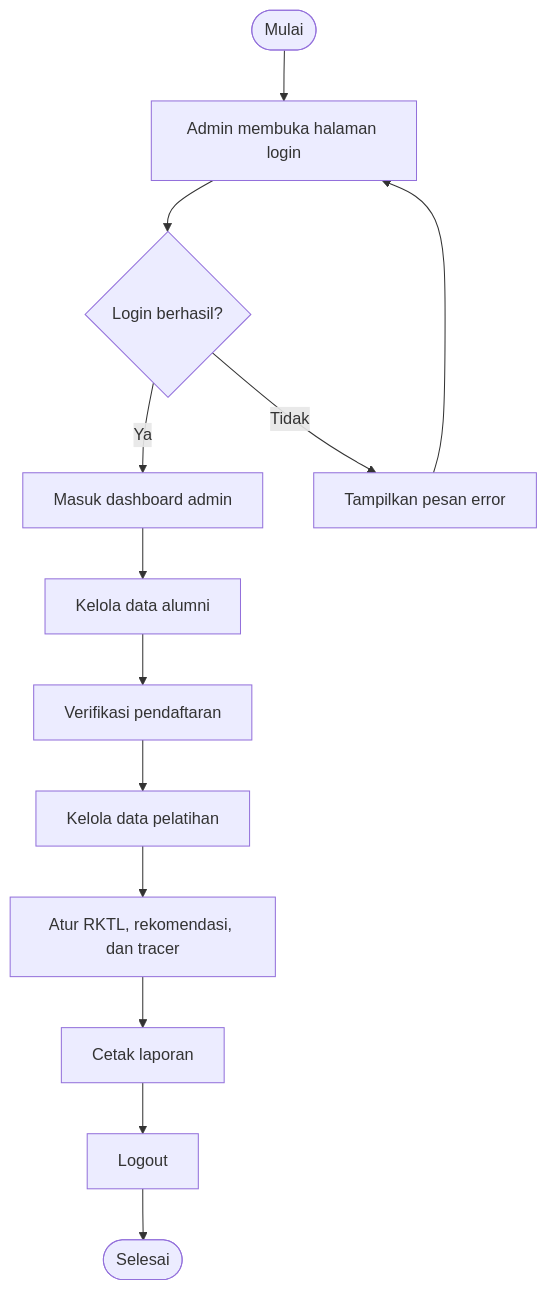
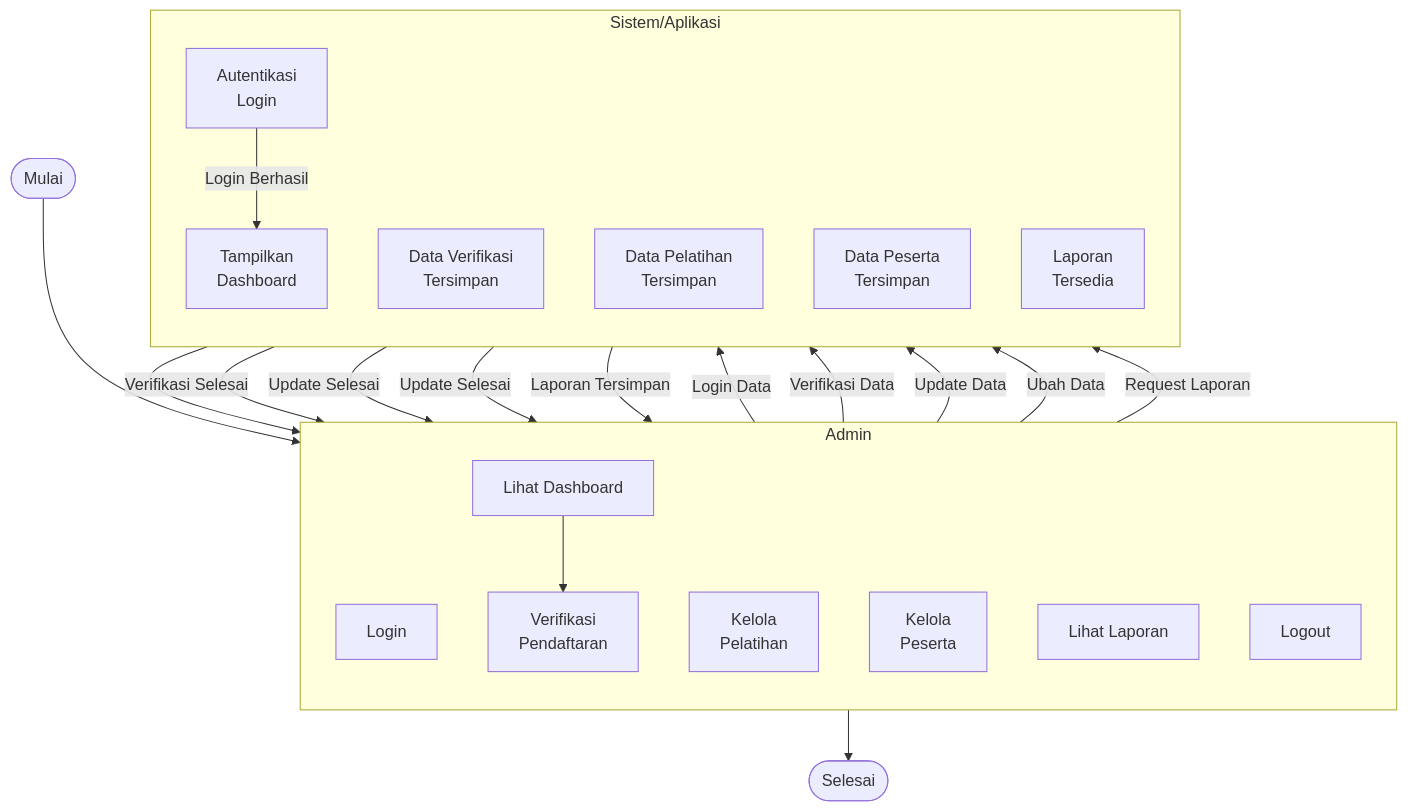
The diagram in diagram/admin_activity.mmd (hafiz4m1/SISTEM_INFORMASI_MANAJEMEN_PELATIHAN_DAN_ALUMNI), drawn with Mermaid before and after one commit. The commit also changed 47 other files, not shown here.

```diff
--- a/diagram/admin_activity.mmd
+++ b/diagram/admin_activity.mmd
@@ -1,13 +1,40 @@
 flowchart TD
-    A([Mulai]) --> B[Admin membuka halaman login]
-    B --> C{Login berhasil?}
-    C -- Ya --> D[Masuk dashboard admin]
-    C -- Tidak --> E[Tampilkan pesan error]
-    E --> B
-    D --> F[Kelola data alumni]
-    F --> G[Verifikasi pendaftaran]
-    G --> H[Kelola data pelatihan]
-    H --> I[Atur RKTL, rekomendasi, dan tracer]
-    I --> J[Cetak laporan]
-    J --> K[Logout]
-    K --> L([Selesai])
+    Start([Mulai])
+    
+    subgraph Admin["Admin"]
+        direction TB
+        A[Login]
+        B[Lihat Dashboard]
+        C[Verifikasi<br/>Pendaftaran]
+        D[Kelola<br/>Pelatihan]
+        E[Kelola<br/>Peserta]
+        F[Lihat Laporan]
+        G[Logout]
+    end
+    
+    subgraph System["Sistem/Aplikasi"]
+        direction TB
+        X[Autentikasi<br/>Login]
+        Y[Tampilkan<br/>Dashboard]
+        Z[Data Verifikasi<br/>Tersimpan]
+        W[Data Pelatihan<br/>Tersimpan]
+        V[Data Peserta<br/>Tersimpan]
+        U[Laporan<br/>Tersedia]
+    end
+    
+    End([Selesai])
+    
+    Start --> A
+    A -->|Login Data| X
+    X -->|Login Berhasil| Y
+    Y --> B
+    B --> C
+    C -->|Verifikasi Data| Z
+    Z -->|Verifikasi Selesai| D
+    D -->|Update Data| W
+    W -->|Update Selesai| E
+    E -->|Ubah Data| V
+    V -->|Update Selesai| F
+    F -->|Request Laporan| U
+    U -->|Laporan Tersimpan| G
+    G --> End
```
